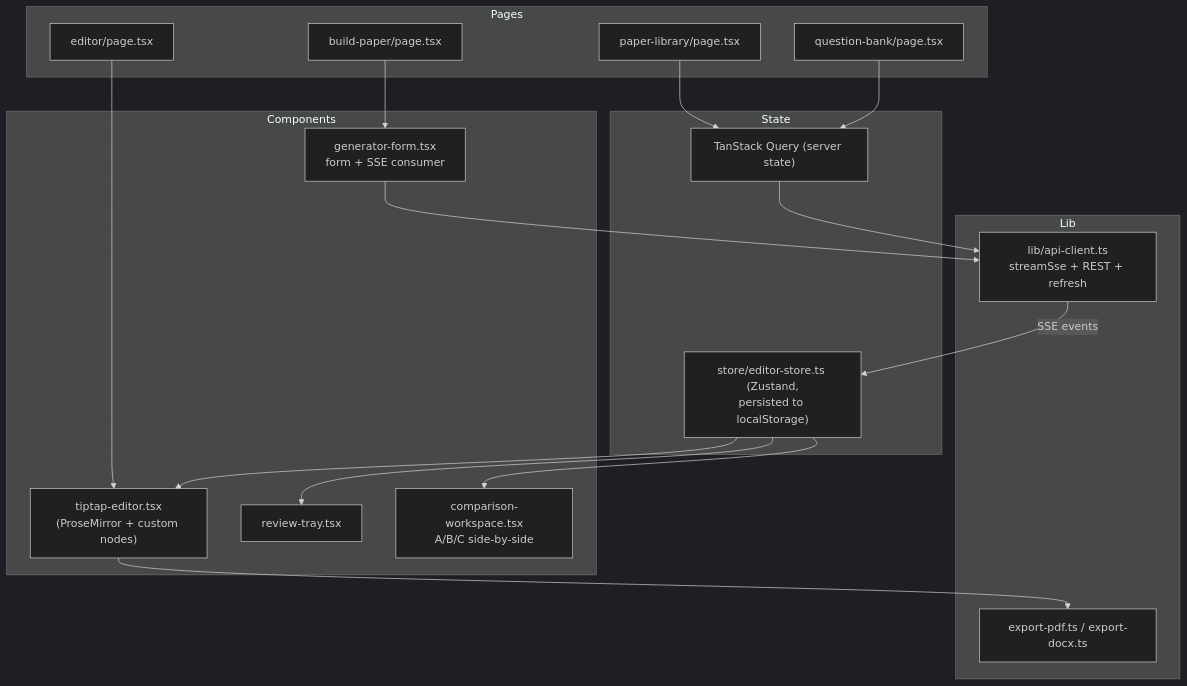
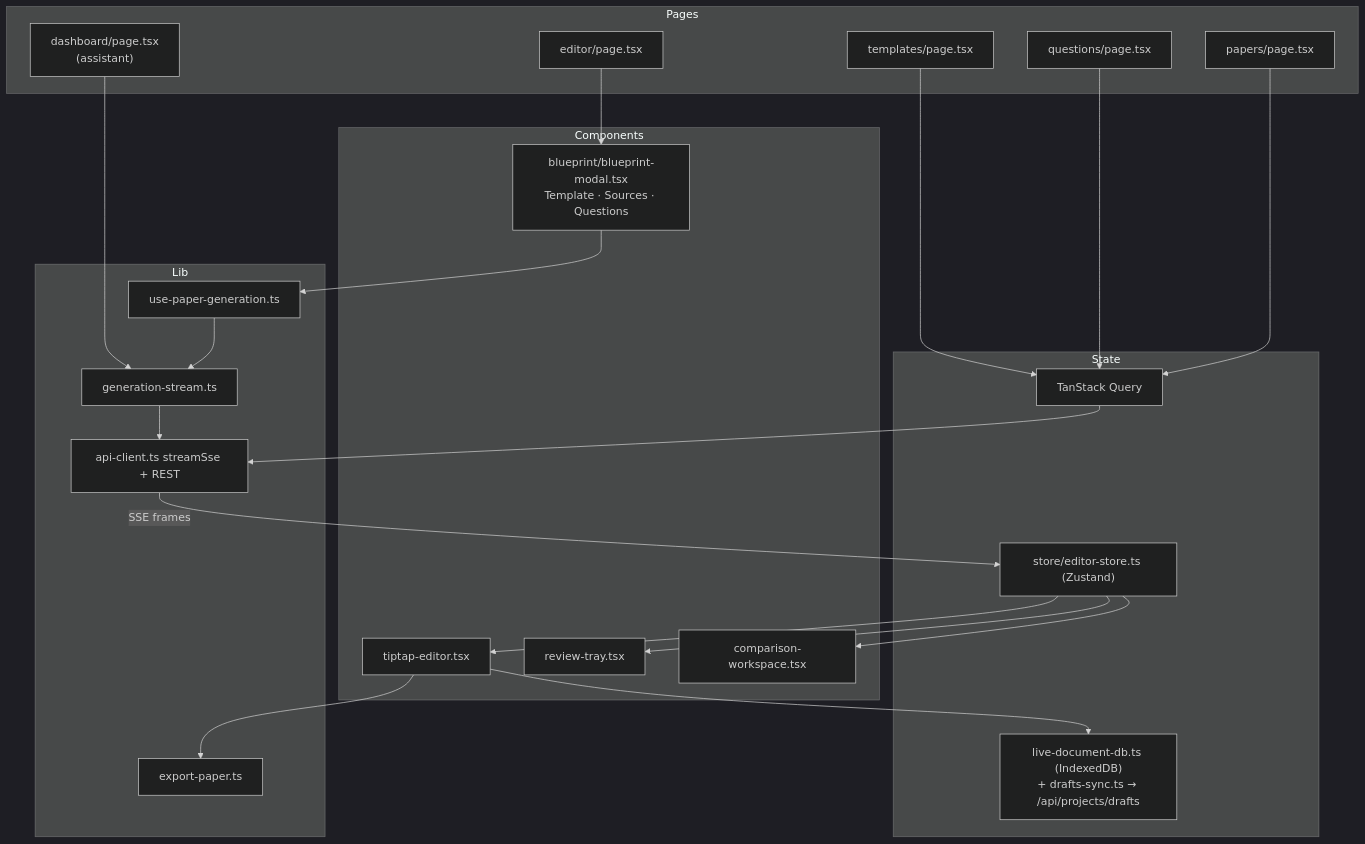
Before and after one commit to Paardhu22/qp-gen: diagram 15 of 16 in README.md, drawn with Mermaid (dark theme). The commit also changed other lines of this file, not shown here.

````diff
--- a/README.md
+++ b/README.md
@@ -1007,32 +1384,39 @@
 ```mermaid
 flowchart TB
     subgraph Pages
-        BUILD["build-paper/page.tsx"]
+        DASH["dashboard/page.tsx<br/>(assistant)"]
         EDIT["editor/page.tsx"]
-        QB["question-bank/page.tsx"]
-        LIB["paper-library/page.tsx"]
+        PAP["papers/page.tsx"]
+        QS["questions/page.tsx"]
+        TPLP["templates/page.tsx"]
     end
     subgraph Components
-        GEN["generator-form.tsx<br/>form + SSE consumer"]
-        TT["tiptap-editor.tsx<br/>(ProseMirror + custom nodes)"]
+        BB["blueprint/blueprint-modal.tsx<br/>Template · Sources · Questions"]
+        TT["tiptap-editor.tsx"]
         TRAY["review-tray.tsx"]
-        CMP["comparison-workspace.tsx<br/>A/B/C side-by-side"]
+        CMP["comparison-workspace.tsx"]
     end
     subgraph State
-        STORE["store/editor-store.ts (Zustand,<br/>persisted to localStorage)"]
-        RQ["TanStack Query (server state)"]
+        STORE["store/editor-store.ts (Zustand)"]
+        IDB["live-document-db.ts (IndexedDB)<br/>+ drafts-sync.ts → /api/projects/drafts"]
+        RQ["TanStack Query"]
     end
     subgraph Lib
-        API["lib/api-client.ts<br/>streamSse + REST + refresh"]
-        EXP["export-pdf.ts / export-docx.ts"]
+        API["api-client.ts streamSse + REST"]
+        GS["generation-stream.ts"]
+        UPG["use-paper-generation.ts"]
+        EXP["export-paper.ts"]
     end
 
-    BUILD --> GEN --> API
-    API -->|SSE events| STORE
+    EDIT --> BB --> UPG --> GS --> API
+    DASH --> GS
+    API -->|SSE frames| STORE
     STORE --> TT
     STORE --> TRAY
     STORE --> CMP
-    EDIT --> TT --> EXP
-    QB --> RQ --> API
-    LIB --> RQ
+    TT --> IDB
+    TT --> EXP
+    PAP --> RQ --> API
+    QS --> RQ
+    TPLP --> RQ
 ```
````
